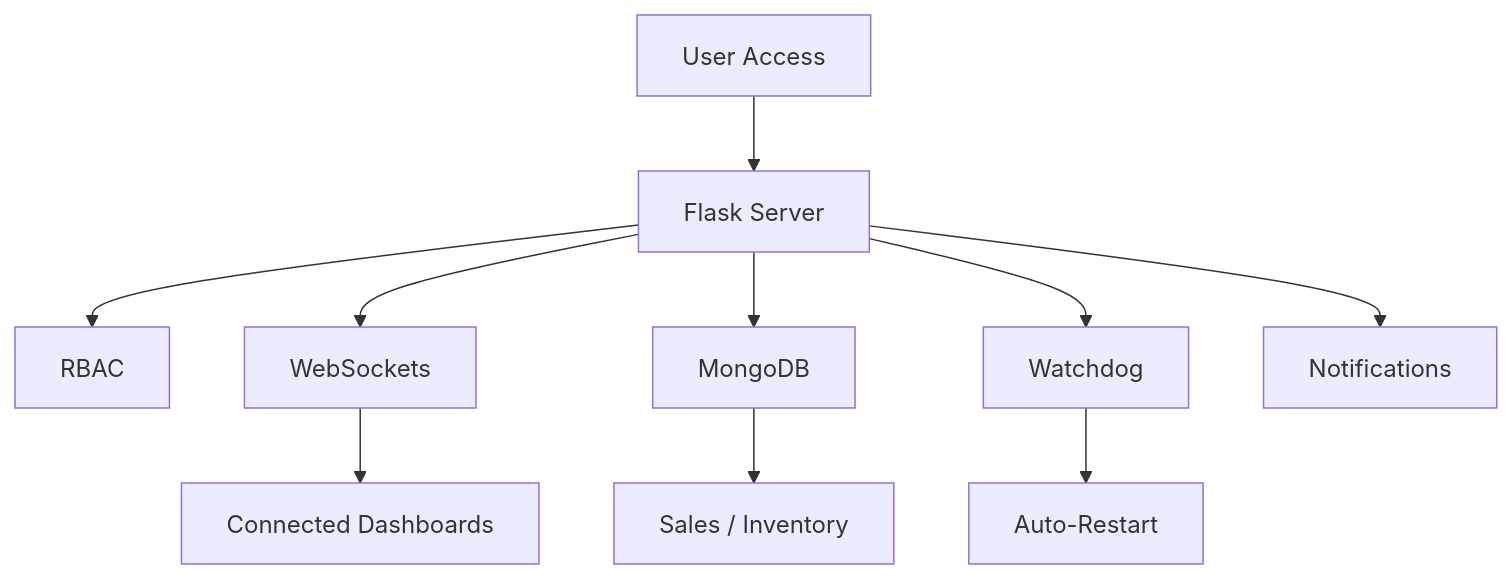
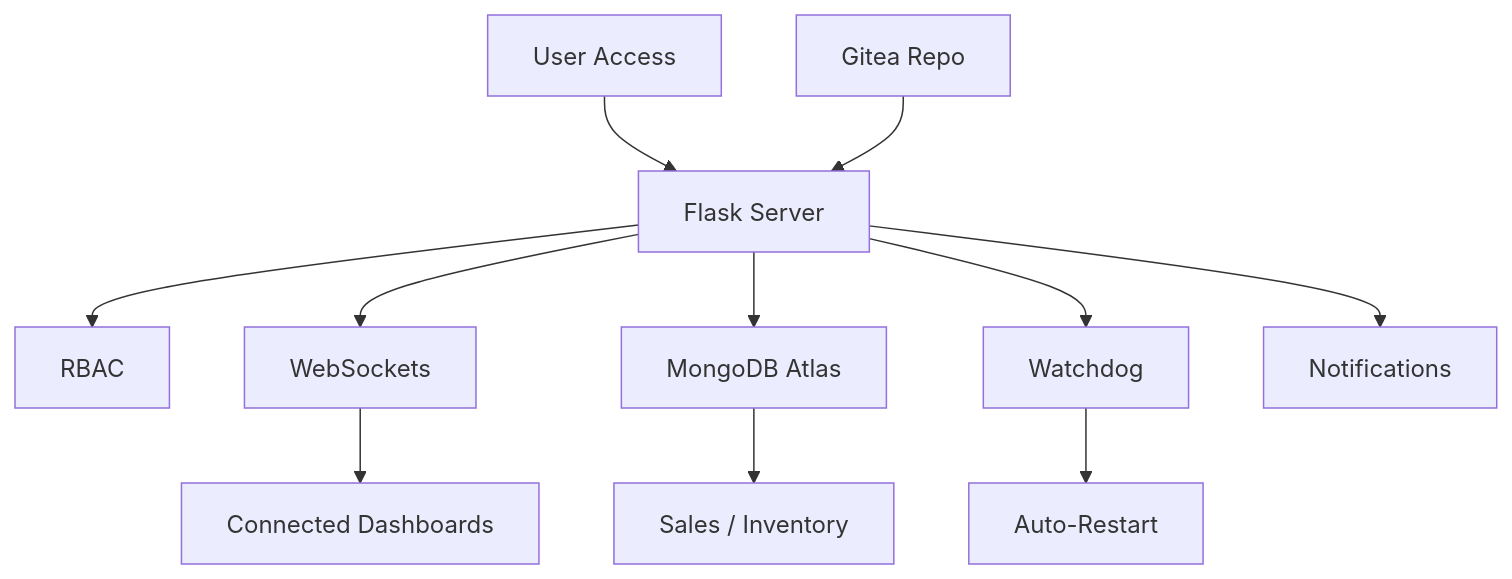
The diagram in README.md (xpidersocial-byte/business-inventory-website), drawn with Mermaid before and after one commit. The commit also changed other lines of this file and 3 other files, not shown here.

````diff
--- a/README.md
+++ b/README.md
@@ -10,12 +10,13 @@
 ```mermaid
 graph TD
     UA[User Access] --> FS[Flask Server]
     FS --> RB[RBAC]
     FS --> WS[WebSockets]
     WS --> CD[Connected Dashboards]
-    FS --> DB[MongoDB]
+    FS --> DB[MongoDB Atlas]
     DB --> SI[Sales / Inventory]
     FS --> WD[Watchdog]
     WD --> AR[Auto-Restart]
     FS --> NA[Notifications]
+    GT[Gitea Repo] --> FS
 ```
````
